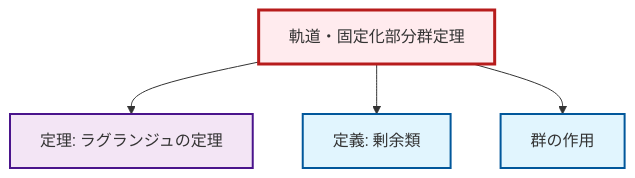
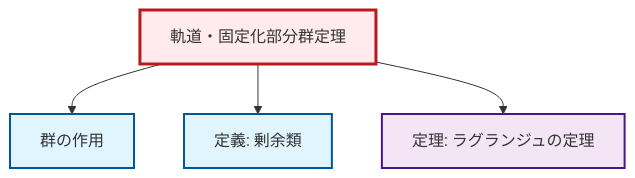
The diagram in content/ja/algebra/thm-orbit-stabilizer.qmd (RK0429/ModernMath), drawn with Mermaid before and after one commit. The commit also changed 672 other files, not shown here.

````diff
--- a/content/ja/algebra/thm-orbit-stabilizer.qmd
+++ b/content/ja/algebra/thm-orbit-stabilizer.qmd
@@ -64,20 +64,20 @@
 ```{mermaid}
-%%| fig-cap: "Local dependency graph"
+%%| fig-cap: "ローカル依存関係グラフ"
 graph TD
     classDef definition fill:#e1f5fe,stroke:#01579b,stroke-width:2px
     classDef theorem fill:#f3e5f5,stroke:#4a148c,stroke-width:2px
     classDef axiom fill:#fff3e0,stroke:#e65100,stroke-width:2px
     classDef example fill:#e8f5e9,stroke:#1b5e20,stroke-width:2px
     classDef current fill:#ffebee,stroke:#b71c1c,stroke-width:3px
     thm-orbit-stabilizer["軌道・固定化部分群定理"]:::theorem
+    def-group-action["群の作用"]:::definition
     thm-lagrange["定理: ラグランジュの定理"]:::theorem
     def-coset["定義: 剰余類"]:::definition
-    def-group-action["群の作用"]:::definition
+    thm-orbit-stabilizer --> def-group-action
+    thm-orbit-stabilizer --> def-coset
     thm-orbit-stabilizer --> thm-lagrange
-    thm-orbit-stabilizer --> def-coset
-    thm-orbit-stabilizer --> def-group-action
     class thm-orbit-stabilizer current
+    click def-group-action "def-group-action.html" "群の作用へ"
     click thm-lagrange "thm-lagrange.html" "ラグランジュの定理の定理へ"
     click def-coset "def-coset.html" "剰余類の定義へ"
-    click def-group-action "def-group-action.html" "群の作用へ"
 ```
````
